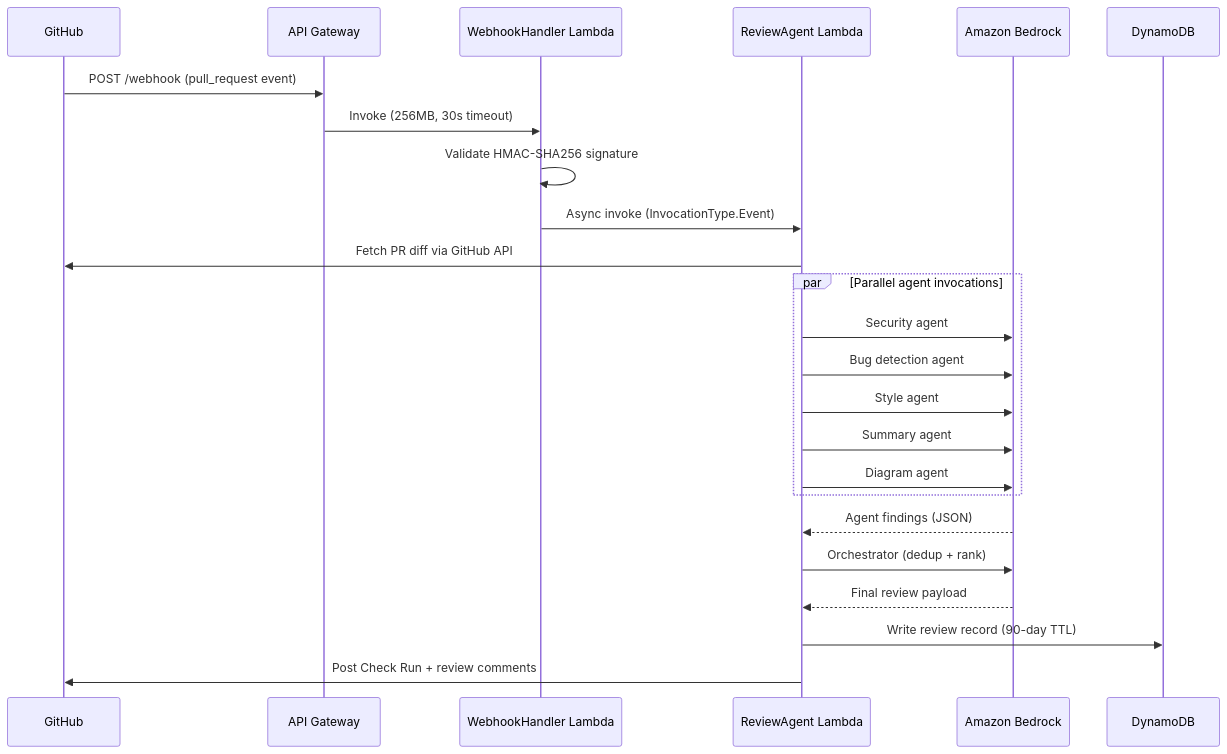
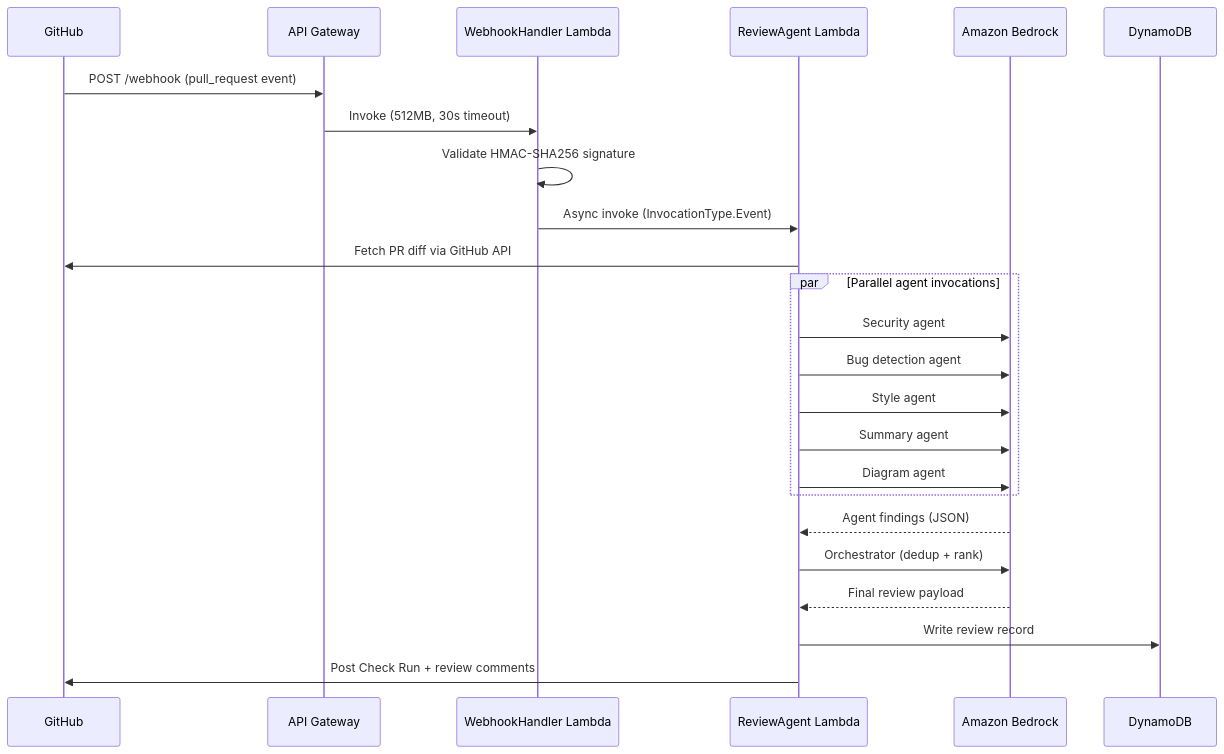
The first of 4 diagrams in overview/how-it-works.mdx (santthosh/documentation), drawn with Mermaid before and after one commit. The commit also changed other lines of this file and 33 other files, not shown here.

First line of the commit message:
Rewrite docs for two-mode architecture (self-hosted + SaaS)

````diff
--- a/overview/how-it-works.mdx
+++ b/overview/how-it-works.mdx
@@ -10,27 +18,27 @@
 ```mermaid
 sequenceDiagram
     participant GH as GitHub
     participant AG as API Gateway
     participant WH as WebhookHandler Lambda
     participant RA as ReviewAgent Lambda
     participant BR as Amazon Bedrock
     participant DB as DynamoDB
 
     GH->>AG: POST /webhook (pull_request event)
-    AG->>WH: Invoke (256MB, 30s timeout)
+    AG->>WH: Invoke (512MB, 30s timeout)
     WH->>WH: Validate HMAC-SHA256 signature
     WH->>RA: Async invoke (InvocationType.Event)
     RA->>GH: Fetch PR diff via GitHub API
     par Parallel agent invocations
         RA->>BR: Security agent
         RA->>BR: Bug detection agent
         RA->>BR: Style agent
         RA->>BR: Summary agent
         RA->>BR: Diagram agent
     end
     BR-->>RA: Agent findings (JSON)
     RA->>BR: Orchestrator (dedup + rank)
     BR-->>RA: Final review payload
-    RA->>DB: Write review record (90-day TTL)
+    RA->>DB: Write review record
     RA->>GH: Post Check Run + review comments
 ```
````
